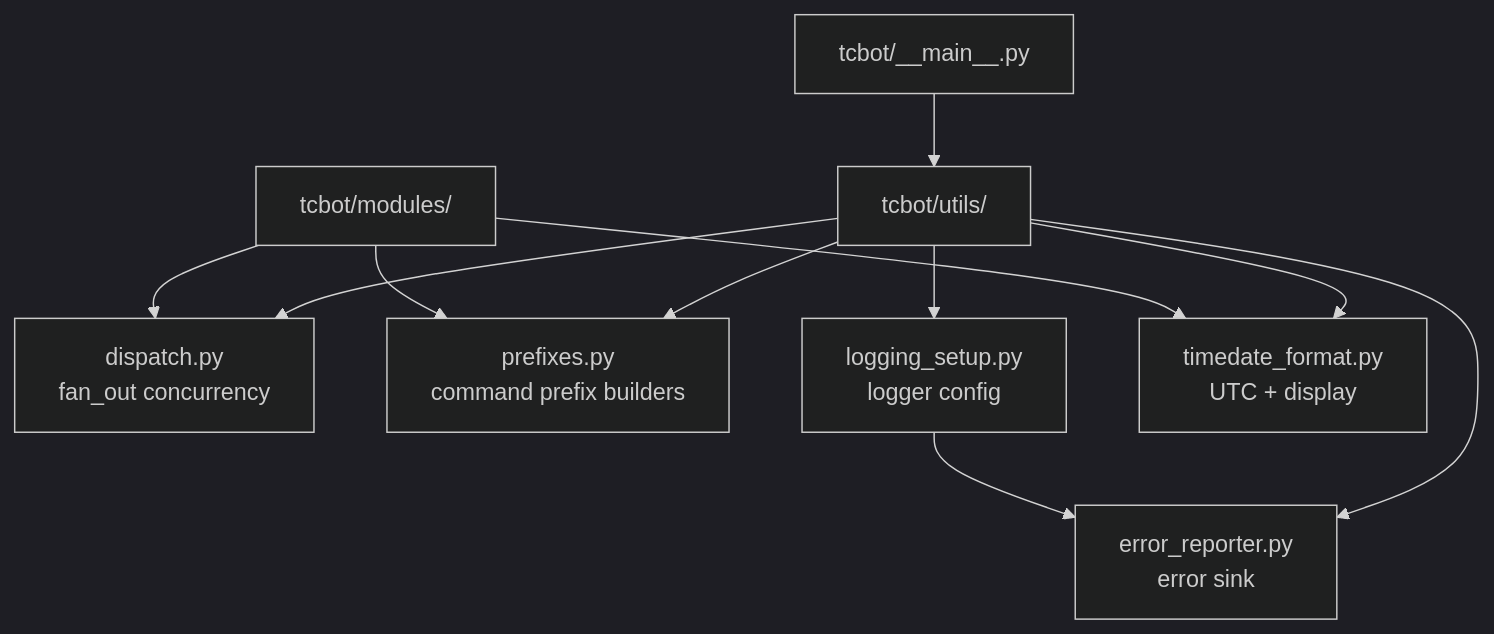
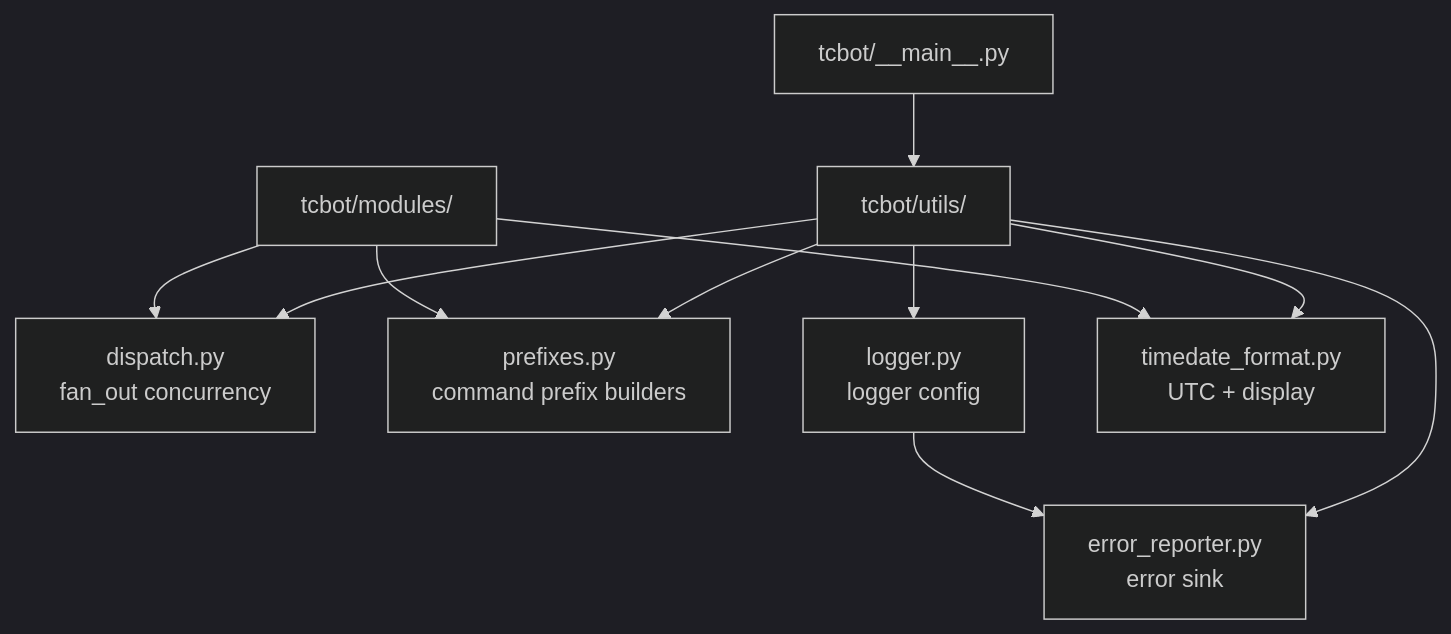
One commit to D1ZZY4/tcbot changed the diagram in docs/utils/utils.md. Above: the diagram before and after it, drawn with Mermaid (dark theme). The commit also changed 6 other files, not shown here.

````diff
--- a/docs/utils/utils.md
+++ b/docs/utils/utils.md
@@ -7,13 +7,13 @@
 ```mermaid
 flowchart TD
     Main[tcbot/__main__.py] --> Utils[tcbot/utils/]
     Utils --> Dispatch[dispatch.py<br/>fan_out concurrency]
     Utils --> Prefixes[prefixes.py<br/>command prefix builders]
-    Utils --> Logging[logging_setup.py<br/>logger config]
+    Utils --> Logging[logger.py<br/>logger config]
     Utils --> ErrorReporter[error_reporter.py<br/>error sink]
     Utils --> TimeDate[timedate_format.py<br/>UTC + display]
     Modules[tcbot/modules/] --> Dispatch
     Modules --> Prefixes
     Modules --> TimeDate
     Logging --> ErrorReporter
 ```
````
